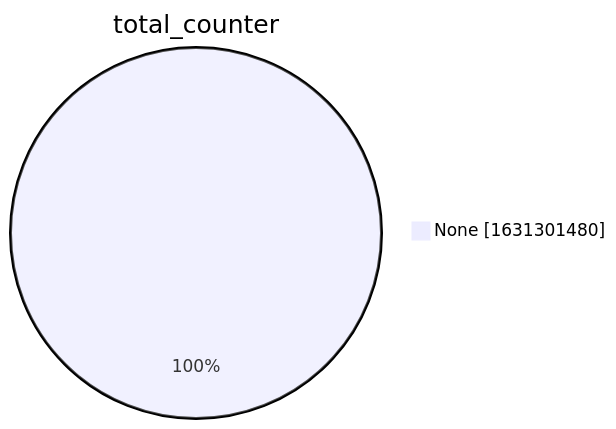
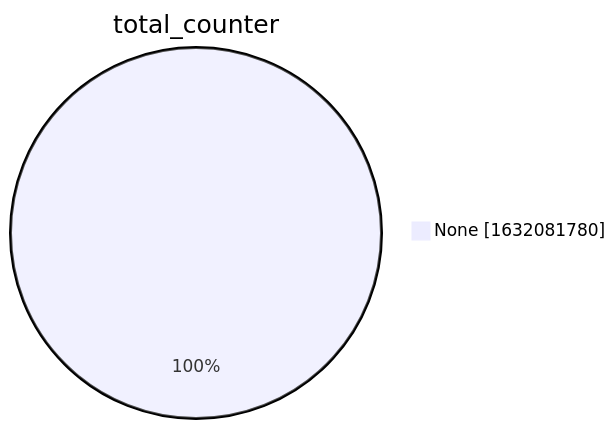
One commit to christiankrug/ctmonitor_visualization changed the second of 15 diagrams in xenon2022/README.md. Above: the diagram before and after it, drawn with Mermaid. The commit also changed other lines of this file, not shown here.

````diff
--- a/xenon2022/README.md
+++ b/xenon2022/README.md
@@ -9,5 +9,5 @@
 ```mermaid
 pie showData
 title total_counter
-"None" :1631301480
+"None" :1632081780
 ```
````
